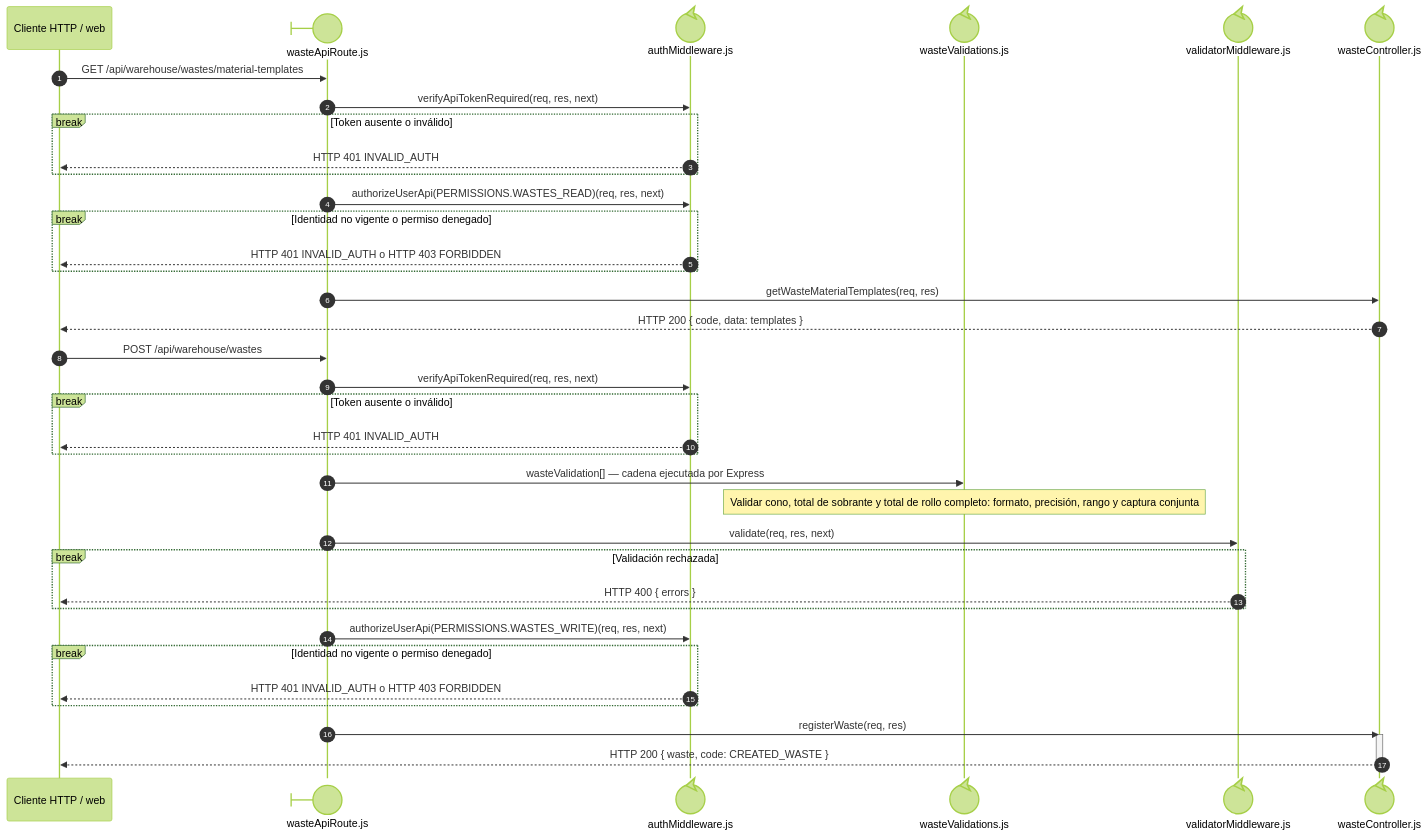
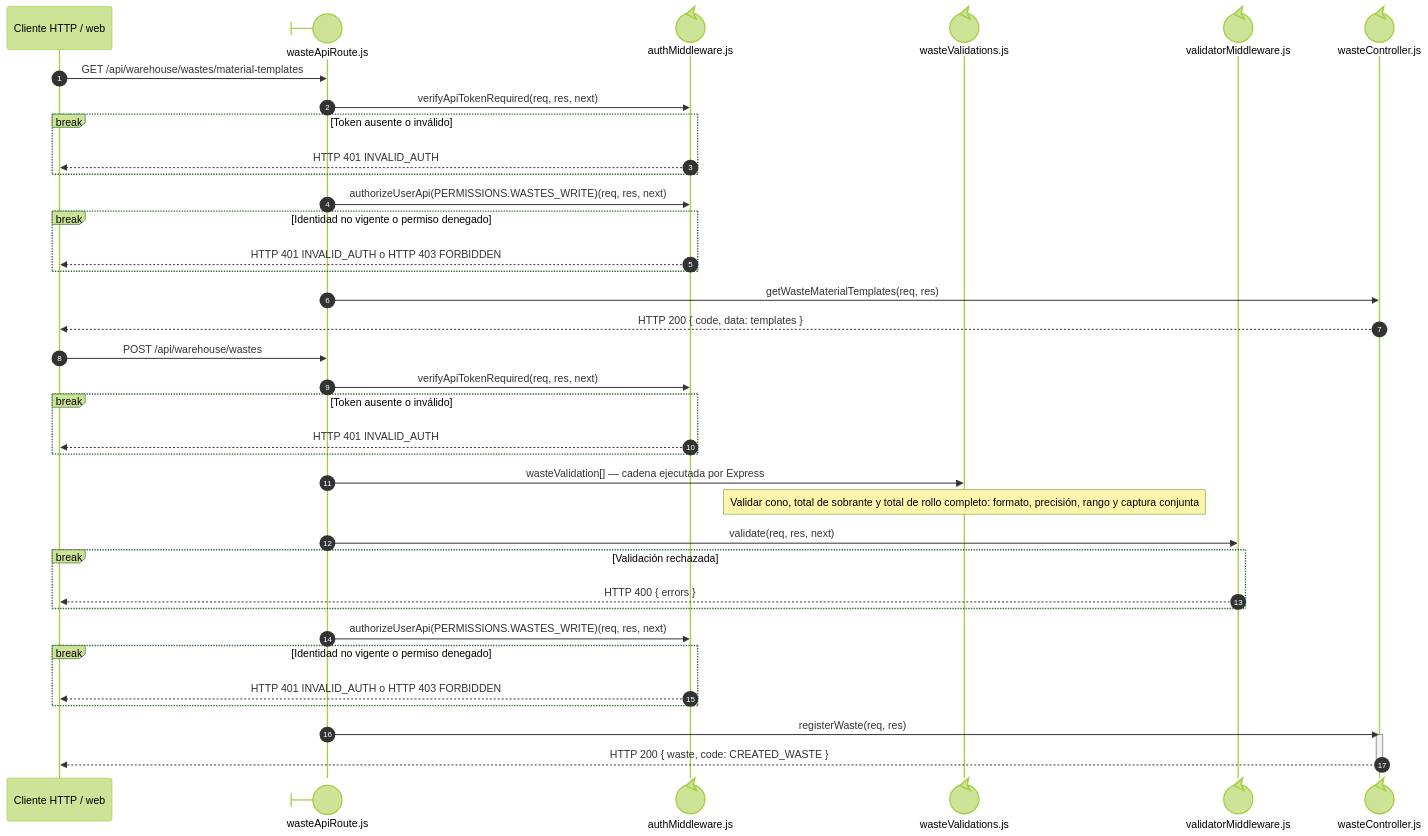
The first of 2 diagrams in docs/architecture/views/processes/backend-code-sequences/catalogs/cu-alm-10.md (gpgsistemas01/nexus), drawn with Mermaid (forest theme) before and after one commit. The commit also changed other lines of this file and 59 other files, not shown here.

````diff
--- a/docs/architecture/views/processes/backend-code-sequences/catalogs/cu-alm-10.md
+++ b/docs/architecture/views/processes/backend-code-sequences/catalogs/cu-alm-10.md
@@ -32,41 +33,41 @@
 ```mermaid
 sequenceDiagram
     autonumber
     participant Client as Cliente HTTP / web
     participant Route@{ "type": "boundary" } as wasteApiRoute.js
     participant Auth@{ "type": "control" } as authMiddleware.js
     participant ValidationRules@{ "type": "control" } as wasteValidations.js
     participant Validator@{ "type": "control" } as validatorMiddleware.js
     participant Controller@{ "type": "control" } as wasteController.js
 
     Client->>Route: GET /api/warehouse/wastes/material-templates
     Route->>Auth: verifyApiTokenRequired(req, res, next)
     break Token ausente o inválido
         Auth-->>Client: HTTP 401 INVALID_AUTH
     end
-    Route->>Auth: authorizeUserApi(PERMISSIONS.WASTES_READ)(req, res, next)
+    Route->>Auth: authorizeUserApi(PERMISSIONS.WASTES_WRITE)(req, res, next)
     break Identidad no vigente o permiso denegado
         Auth-->>Client: HTTP 401 INVALID_AUTH o HTTP 403 FORBIDDEN
     end
     Route->>Controller: getWasteMaterialTemplates(req, res)
     Controller-->>Client: HTTP 200 { code, data: templates }
     Client->>Route: POST /api/warehouse/wastes
     Route->>Auth: verifyApiTokenRequired(req, res, next)
     break Token ausente o inválido
         Auth-->>Client: HTTP 401 INVALID_AUTH
     end
     Route->>ValidationRules: wasteValidation[] — cadena ejecutada por Express
     Note over ValidationRules: Validar cono, total de sobrante y total de rollo completo: formato, precisión, rango y captura conjunta
     Route->>Validator: validate(req, res, next)
     break Validación rechazada
         Validator-->>Client: HTTP 400 { errors }
     end
     Route->>Auth: authorizeUserApi(PERMISSIONS.WASTES_WRITE)(req, res, next)
     break Identidad no vigente o permiso denegado
         Auth-->>Client: HTTP 401 INVALID_AUTH o HTTP 403 FORBIDDEN
     end
     Route->>Controller: registerWaste(req, res)
     activate Controller
         Controller-->>Client: HTTP 200 { waste, code: CREATED_WASTE }
     deactivate Controller
 ```
````
